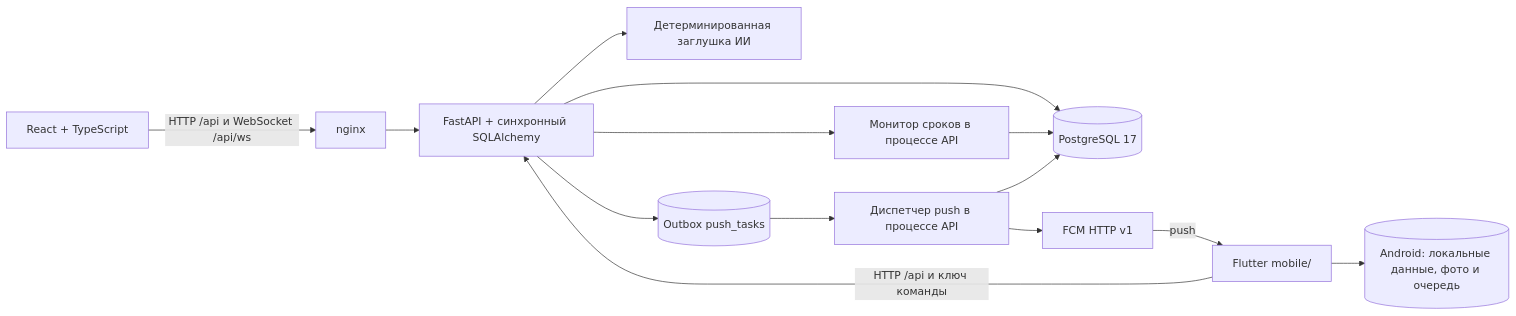
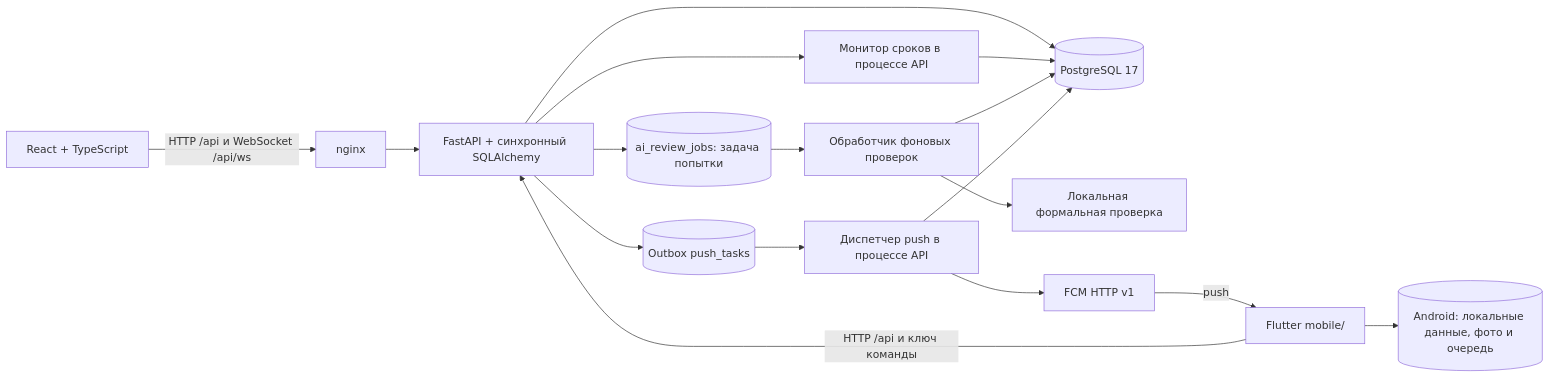
The first of 2 diagrams in docs/architecture.md (bshakaryan/km_case_hack), drawn with Mermaid before and after one commit. The commit also changed other lines of this file and 40 other files, not shown here.

````diff
--- a/docs/architecture.md
+++ b/docs/architecture.md
@@ -9,16 +9,19 @@
 ```mermaid
 flowchart LR
   B[React + TypeScript] -->|HTTP /api и WebSocket /api/ws| N[nginx]
   N --> A[FastAPI + синхронный SQLAlchemy]
   F[Flutter mobile/] -->|HTTP /api и ключ команды| A
   F --> L[(Android: локальные данные, фото и очередь)]
   A --> D[(PostgreSQL 17)]
   A --> M[Монитор сроков в процессе API]
   M --> D
-  A --> S[Детерминированная заглушка ИИ]
+  A --> J[(ai_review_jobs: задача попытки)]
+  J --> W[Обработчик фоновых проверок]
+  W --> S[Локальная формальная проверка]
+  W --> D
   A --> O[(Outbox push_tasks)]
   O --> DISP[Диспетчер push в процессе API]
   DISP --> D
   DISP --> FCM[FCM HTTP v1]
   FCM -->|push| F
 ```
````
